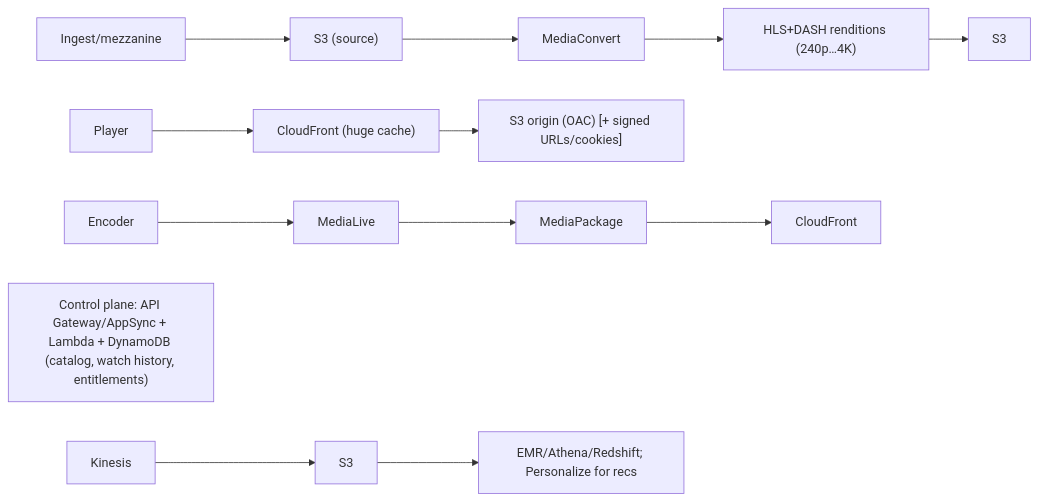
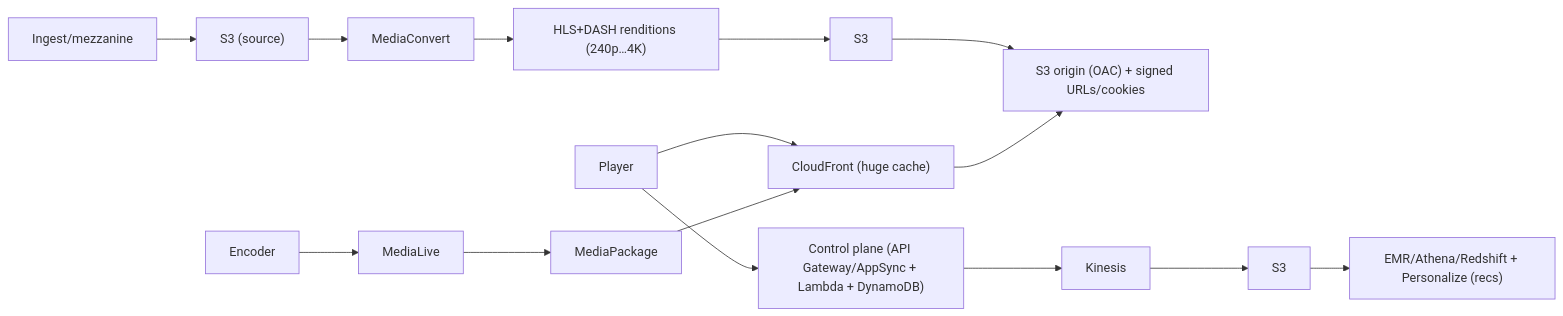
One commit to PaulSayantan/grokking-interview changed the third of 7 diagrams in topics/system-design/aws-reference-architectures/concepts.md. Above: the diagram before and after it, drawn with Mermaid. The commit also changed other lines of this file and 61 other files, not shown here.

````diff
--- a/topics/system-design/aws-reference-architectures/concepts.md
+++ b/topics/system-design/aws-reference-architectures/concepts.md
@@ -172,8 +176,9 @@
 ```mermaid
 flowchart LR
     Ingest["Ingest/mezzanine"] --> S3src["S3 (source)"] --> MC[MediaConvert] --> Rend["HLS+DASH renditions (240p…4K)"] --> S3out[S3]
-    Player --> CF["CloudFront (huge cache)"] --> S3origin["S3 origin (OAC) [+ signed URLs/cookies]"]
-    Encoder --> ML[MediaLive] --> MP[MediaPackage] --> CF2[CloudFront]
-    CP["Control plane: API Gateway/AppSync + Lambda + DynamoDB (catalog, watch history, entitlements)"]
-    Kinesis --> S3an[S3] --> Analytics["EMR/Athena/Redshift; Personalize for recs"]
+    S3out --> S3origin
+    Player --> CF["CloudFront (huge cache)"] --> S3origin["S3 origin (OAC) + signed URLs/cookies"]
+    Encoder --> ML[MediaLive] --> MP[MediaPackage] --> CF
+    Player --> CP["Control plane (API Gateway/AppSync + Lambda + DynamoDB)"]
+    CP --> Kinesis --> S3an[S3] --> Analytics["EMR/Athena/Redshift + Personalize (recs)"]
 ```
````
